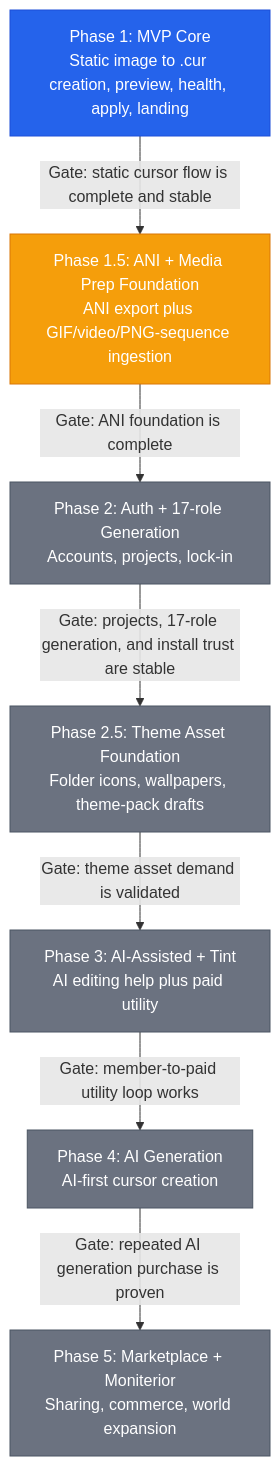
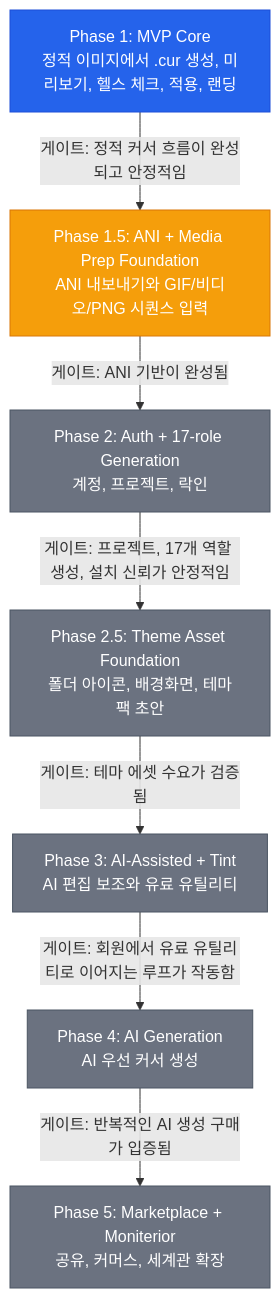
The diagram in point/06-Implementation/Phase-Flow.md (ming2tofu33/pointint), drawn with Mermaid before and after one commit. The commit also changed other lines of this file and 38 other files, not shown here.

````diff
--- a/point/06-Implementation/Phase-Flow.md
+++ b/point/06-Implementation/Phase-Flow.md
@@ -40,25 +41,25 @@
 ```mermaid
 graph TD
-    P1["Phase 1: MVP Core<br/>Static image to .cur creation, preview, health, apply, landing"]
-    P15["Phase 1.5: ANI + Media Prep Foundation<br/>ANI export plus GIF/video/PNG-sequence ingestion"]
-    P2["Phase 2: Auth + 17-role Generation<br/>Accounts, projects, lock-in"]
-    P25["Phase 2.5: Theme Asset Foundation<br/>Folder icons, wallpapers, theme-pack drafts"]
-    P3["Phase 3: AI-Assisted + Tint<br/>AI editing help plus paid utility"]
-    P4["Phase 4: AI Generation<br/>AI-first cursor creation"]
-    P5["Phase 5: Marketplace + Moniterior<br/>Sharing, commerce, world expansion"]
+    P1["Phase 1: MVP Core<br/>정적 이미지에서 .cur 생성, 미리보기, 헬스 체크, 적용, 랜딩"]
+    P15["Phase 1.5: ANI + Media Prep Foundation<br/>ANI 내보내기와 GIF/비디오/PNG 시퀀스 입력"]
+    P2["Phase 2: Auth + 17-role Generation<br/>계정, 프로젝트, 락인"]
+    P25["Phase 2.5: Theme Asset Foundation<br/>폴더 아이콘, 배경화면, 테마팩 초안"]
+    P3["Phase 3: AI-Assisted + Tint<br/>AI 편집 보조와 유료 유틸리티"]
+    P4["Phase 4: AI Generation<br/>AI 우선 커서 생성"]
+    P5["Phase 5: Marketplace + Moniterior<br/>공유, 커머스, 세계관 확장"]
 
-    P1 -->|"Gate: static cursor flow is complete and stable"| P15
-    P15 -->|"Gate: ANI foundation is complete"| P2
-    P2 -->|"Gate: projects, 17-role generation, and install trust are stable"| P25
-    P25 -->|"Gate: theme asset demand is validated"| P3
-    P3 -->|"Gate: member-to-paid utility loop works"| P4
-    P4 -->|"Gate: repeated AI generation purchase is proven"| P5
+    P1 -->|"게이트: 정적 커서 흐름이 완성되고 안정적임"| P15
+    P15 -->|"게이트: ANI 기반이 완성됨"| P2
+    P2 -->|"게이트: 프로젝트, 17개 역할 생성, 설치 신뢰가 안정적임"| P25
+    P25 -->|"게이트: 테마 에셋 수요가 검증됨"| P3
+    P3 -->|"게이트: 회원에서 유료 유틸리티로 이어지는 루프가 작동함"| P4
+    P4 -->|"게이트: 반복적인 AI 생성 구매가 입증됨"| P5
 
     style P1 fill:#2563eb,stroke:#1d4ed8,color:#fff
     style P15 fill:#f59e0b,stroke:#d97706,color:#fff
     style P2 fill:#6b7280,stroke:#4b5563,color:#fff
     style P25 fill:#6b7280,stroke:#4b5563,color:#fff
     style P3 fill:#6b7280,stroke:#4b5563,color:#fff
     style P4 fill:#6b7280,stroke:#4b5563,color:#fff
     style P5 fill:#6b7280,stroke:#4b5563,color:#fff
 ```
````
